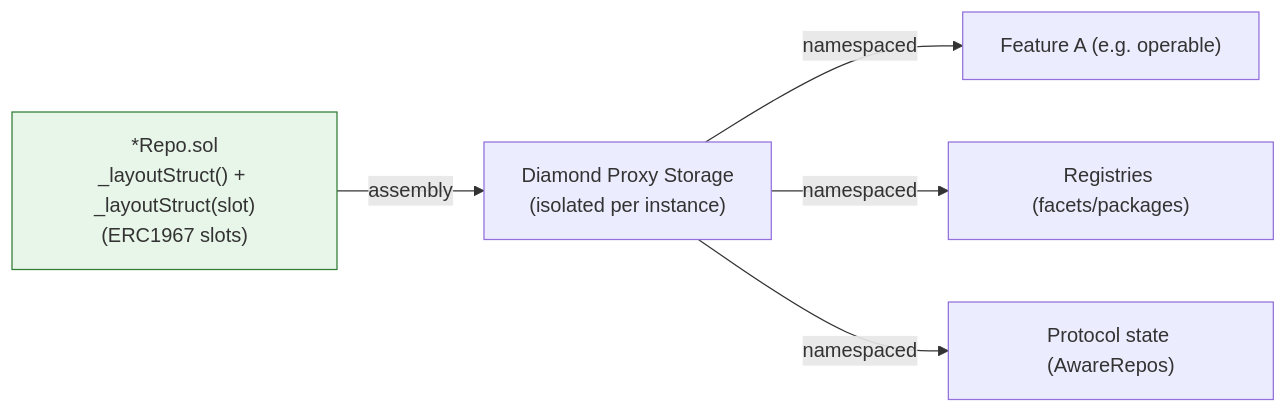
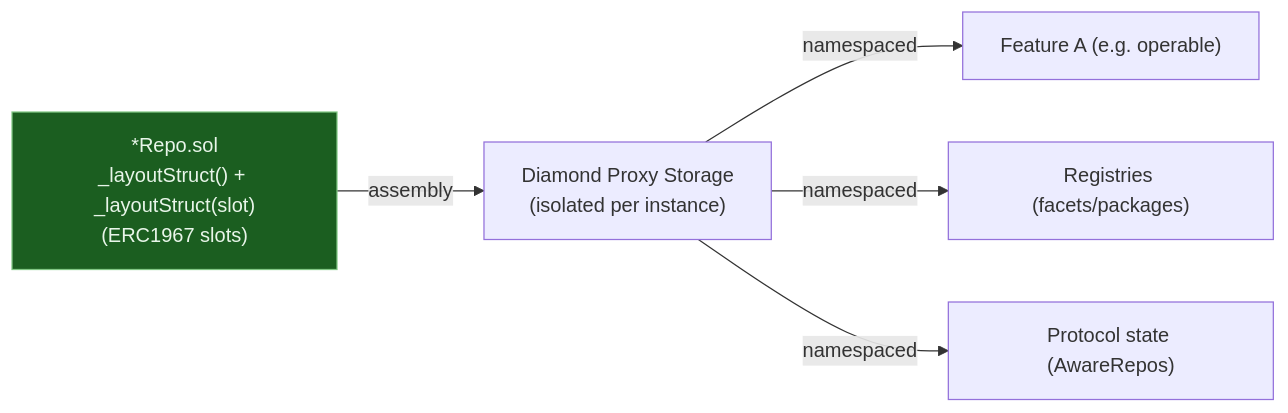
Before and after one commit to cyotee/crane: the diagram in docs/concepts/storage-slots.md, drawn with Mermaid. The commit also changed 4 other files, not shown here.

First line of the commit message:
docs: fix Mermaid node contrast on dark GitHub Pages theme

````diff
--- a/docs/concepts/storage-slots.md
+++ b/docs/concepts/storage-slots.md
@@ -103,10 +103,10 @@
 ```mermaid
 flowchart LR
     Repo["*Repo.sol<br/>_layoutStruct() + _layoutStruct(slot)<br/>(ERC1967 slots)"] -->|assembly| ProxyStorage["Diamond Proxy Storage<br/>(isolated per instance)"]
     ProxyStorage -->|namespaced| FeatureA["Feature A (e.g. operable)"]
     ProxyStorage -->|namespaced| Registries["Registries (facets/packages)"]
     ProxyStorage -->|namespaced| FeatureB["Protocol state (AwareRepos)"]
 
-    classDef repo fill:#e8f5e9,stroke:#2e7d32
+    classDef repo fill:#1b5e20,stroke:#81c784,color:#e8f5e9
     class Repo repo
 ```
````
